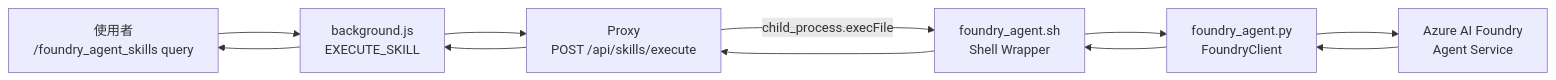
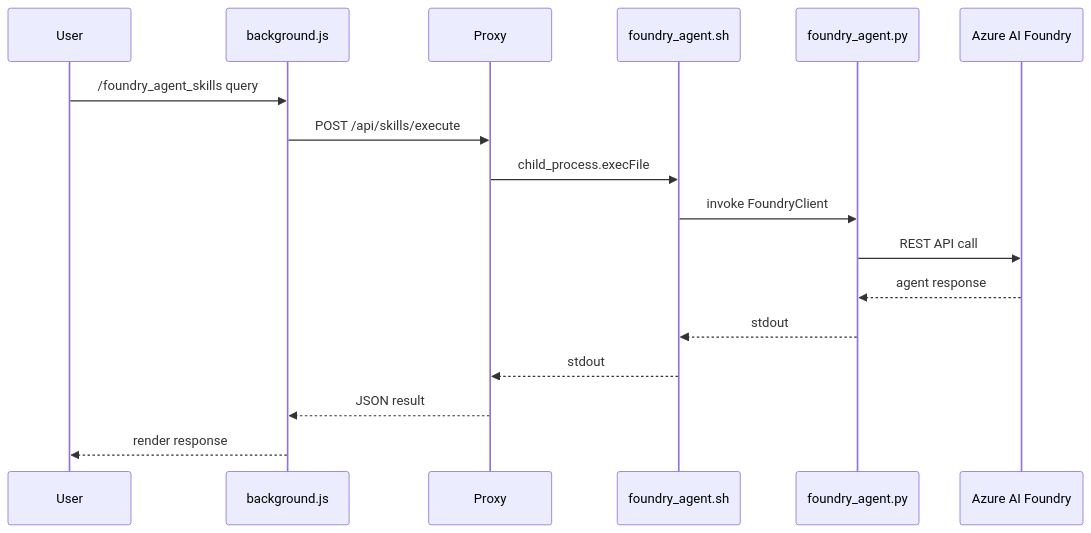
The third of 9 diagrams in docs/architecture.md (payton-chou-ms/browser-ext-for-iq-agent), drawn with Mermaid before and after one commit. The commit also changed other lines of this file and 80 other files, not shown here.

````diff
--- a/docs/architecture.md
+++ b/docs/architecture.md
@@ -187,15 +183,20 @@
 ```mermaid
-flowchart LR
-  UI[使用者<br/>/foundry_agent_skills query]
-  BG[background.js<br/>EXECUTE_SKILL]
-  PX[Proxy<br/>POST /api/skills/execute]
-  SH[foundry_agent.sh<br/>Shell Wrapper]
-  PY[foundry_agent.py<br/>FoundryClient]
-  FA[Azure AI Foundry<br/>Agent Service]
+sequenceDiagram
+  participant User as User
+  participant BG as background.js
+  participant PX as Proxy
+  participant SH as foundry_agent.sh
+  participant PY as foundry_agent.py
+  participant FA as Azure AI Foundry
 
-  UI --> BG --> PX
-  PX -->|child_process.execFile| SH
-  SH --> PY --> FA
-  FA ---> PY ---> SH ---> PX
-  PX ---> BG ---> UI
+  User ->> BG: /foundry_agent_skills query
+  BG ->> PX: POST /api/skills/execute
+  PX ->> SH: child_process.execFile
+  SH ->> PY: invoke FoundryClient
+  PY ->> FA: REST API call
+  FA -->> PY: agent response
+  PY -->> SH: stdout
+  SH -->> PX: stdout
+  PX -->> BG: JSON result
+  BG -->> User: render response
 ```
````
